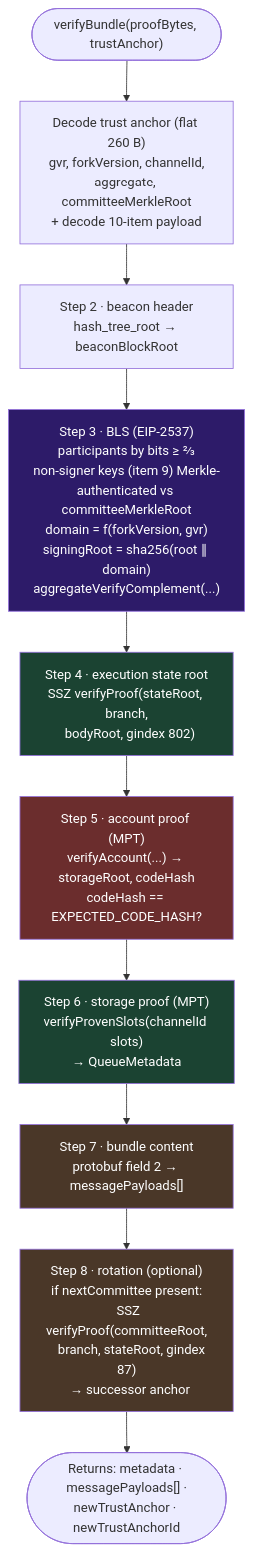
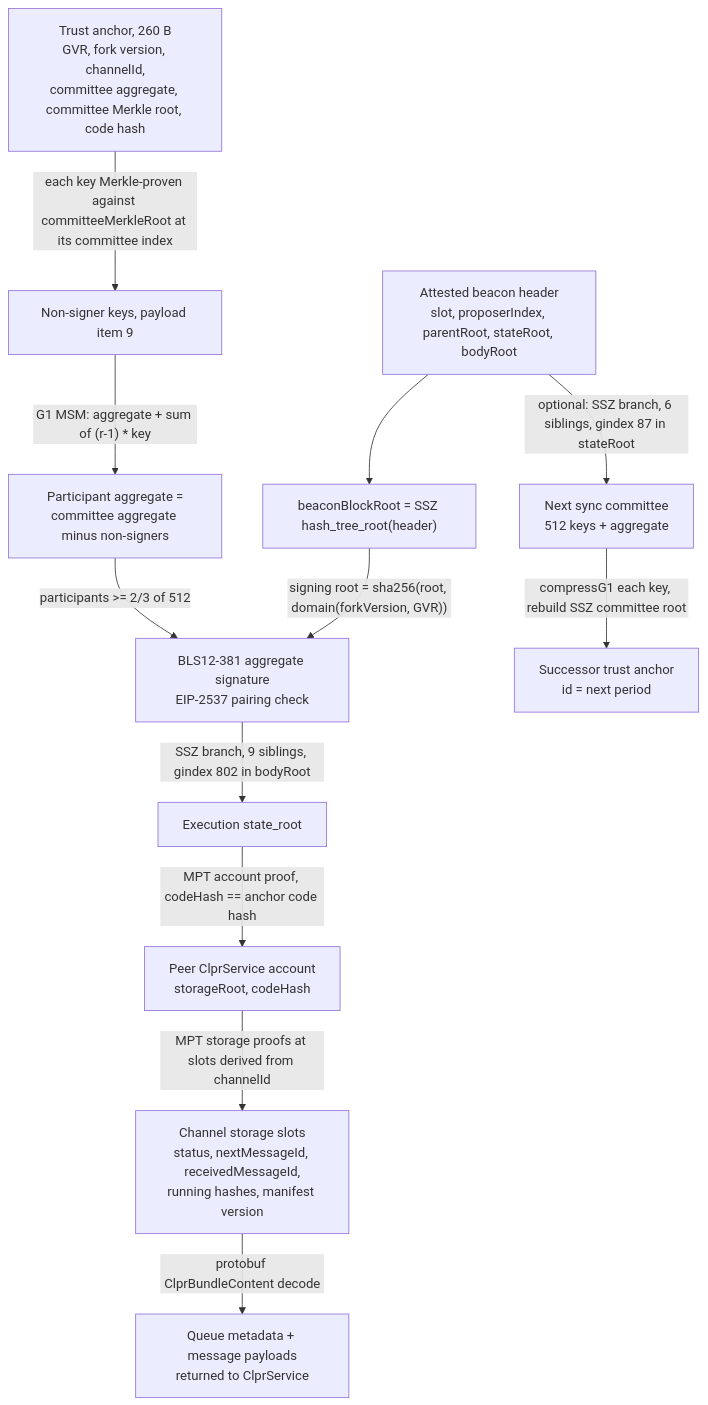
One commit to shayansal/clpr-smart-contracts changed the first of 2 diagrams in src/verifiers/evm/ethereum/README.md. Above: the diagram before and after it, drawn with Mermaid. The commit also changed other lines of this file, not shown here.

````diff
--- a/src/verifiers/evm/ethereum/README.md
+++ b/src/verifiers/evm/ethereum/README.md
@@ -101,20 +34,27 @@
 ```mermaid
 flowchart TD
-    START(["verifyBundle(proofBytes, trustAnchor)"]) --> A
-    A["Decode trust anchor (flat 260 B)\ngvr, forkVersion, channelId,\naggregate, committeeMerkleRoot\n+ decode 10-item payload"] --> S2
-    S2["Step 2 · beacon header\nhash_tree_root → beaconBlockRoot"] --> S3
-    S3["Step 3 · BLS (EIP-2537)\nparticipants by bits ≥ ⅔\nnon-signer keys (item 9) Merkle-\nauthenticated vs committeeMerkleRoot\ndomain = f(forkVersion, gvr)\nsigningRoot = sha256(root ∥ domain)\naggregateVerifyComplement(...)"] --> S4
-    S4["Step 4 · execution state root\nSSZ verifyProof(stateRoot, branch,\n  bodyRoot, gindex 802)"] --> S5
-    S5["Step 5 · account proof (MPT)\nverifyAccount(...) → storageRoot, codeHash\ncodeHash == EXPECTED_CODE_HASH?"] --> S6
-    S6["Step 6 · storage proof (MPT)\nverifyProvenSlots(channelId slots)\n→ QueueMetadata"] --> S7
-    S7["Step 7 · bundle content\nprotobuf field 2 → messagePayloads[]"] --> S8
-    S8["Step 8 · rotation (optional)\nif nextCommittee present:\n  SSZ verifyProof(committeeRoot,\n    branch, stateRoot, gindex 87)\n  → successor anchor"] --> OUT
-    OUT(["Returns: metadata · messagePayloads[] ·\nnewTrustAnchor · newTrustAnchorId"])
+    TA["Trust anchor, 260 B<br/>GVR, fork version, channelId,<br/>committee aggregate, committee Merkle root, code hash"]
+    H["Attested beacon header<br/>slot, proposerIndex, parentRoot, stateRoot, bodyRoot"]
+    HR["beaconBlockRoot = SSZ hash_tree_root(header)"]
+    NS["Non-signer keys, payload item 9"]
+    AGG["Participant aggregate =<br/>committee aggregate minus non-signers"]
+    SIG["BLS12-381 aggregate signature<br/>EIP-2537 pairing check"]
+    ESR["Execution state_root"]
+    ACC["Peer ClprService account<br/>storageRoot, codeHash"]
+    SLOTS["Channel storage slots<br/>status, nextMessageId, receivedMessageId,<br/>running hashes, manifest version"]
+    QM["Queue metadata + message payloads<br/>returned to ClprService"]
+    NC["Next sync committee<br/>512 keys + aggregate"]
+    NTA["Successor trust anchor<br/>id = next period"]
 
-    style S3 fill:#2d1b69,color:#fff
-    style S4 fill:#1b4332,color:#fff
-    style S5 fill:#6b2d2d,color:#fff
-    style S6 fill:#1b4332,color:#fff
-    style S7 fill:#4a3728,color:#fff
-    style S8 fill:#4a3728,color:#fff
+    TA -- "each key Merkle-proven against committeeMerkleRoot at its committee index" --> NS
+    NS -- "G1 MSM: aggregate + sum of (r-1) * key" --> AGG
+    H --> HR
+    HR -- "signing root = sha256(root, domain(forkVersion, GVR))" --> SIG
+    AGG -- "participants >= 2/3 of 512" --> SIG
+    SIG -- "SSZ branch, 9 siblings, gindex 802 in bodyRoot" --> ESR
+    ESR -- "MPT account proof, codeHash == anchor code hash" --> ACC
+    ACC -- "MPT storage proofs at slots derived from channelId" --> SLOTS
+    SLOTS -- "protobuf ClprBundleContent decode" --> QM
+    H -- "optional: SSZ branch, 6 siblings, gindex 87 in stateRoot" --> NC
+    NC -- "compressG1 each key, rebuild SSZ committee root" --> NTA
 ```
````
